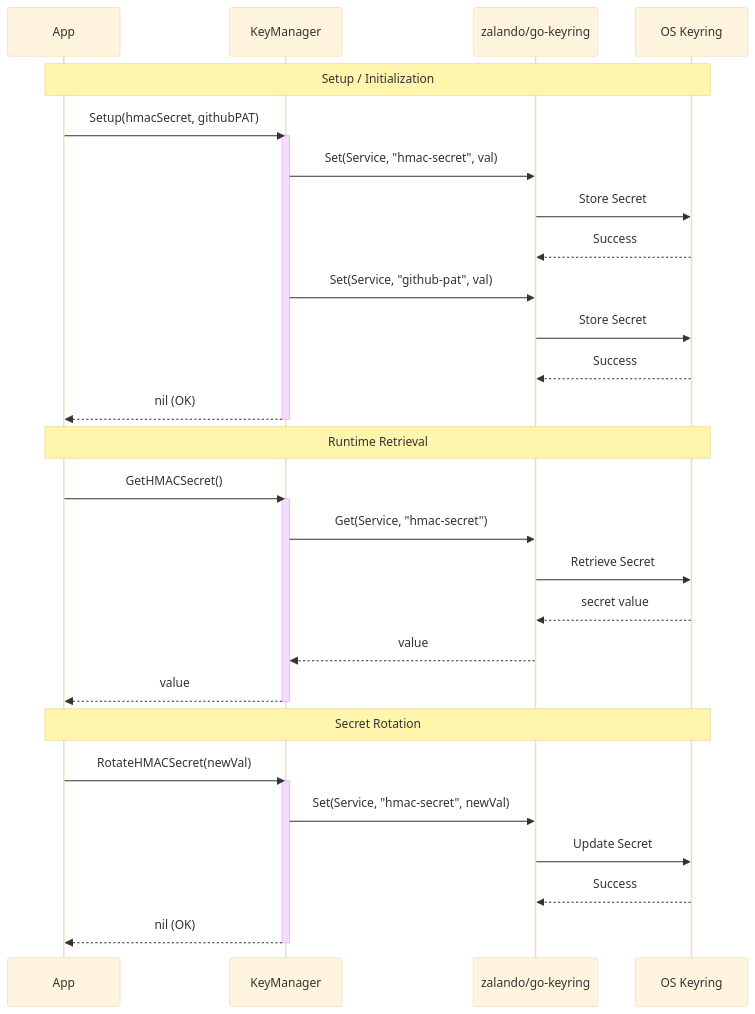
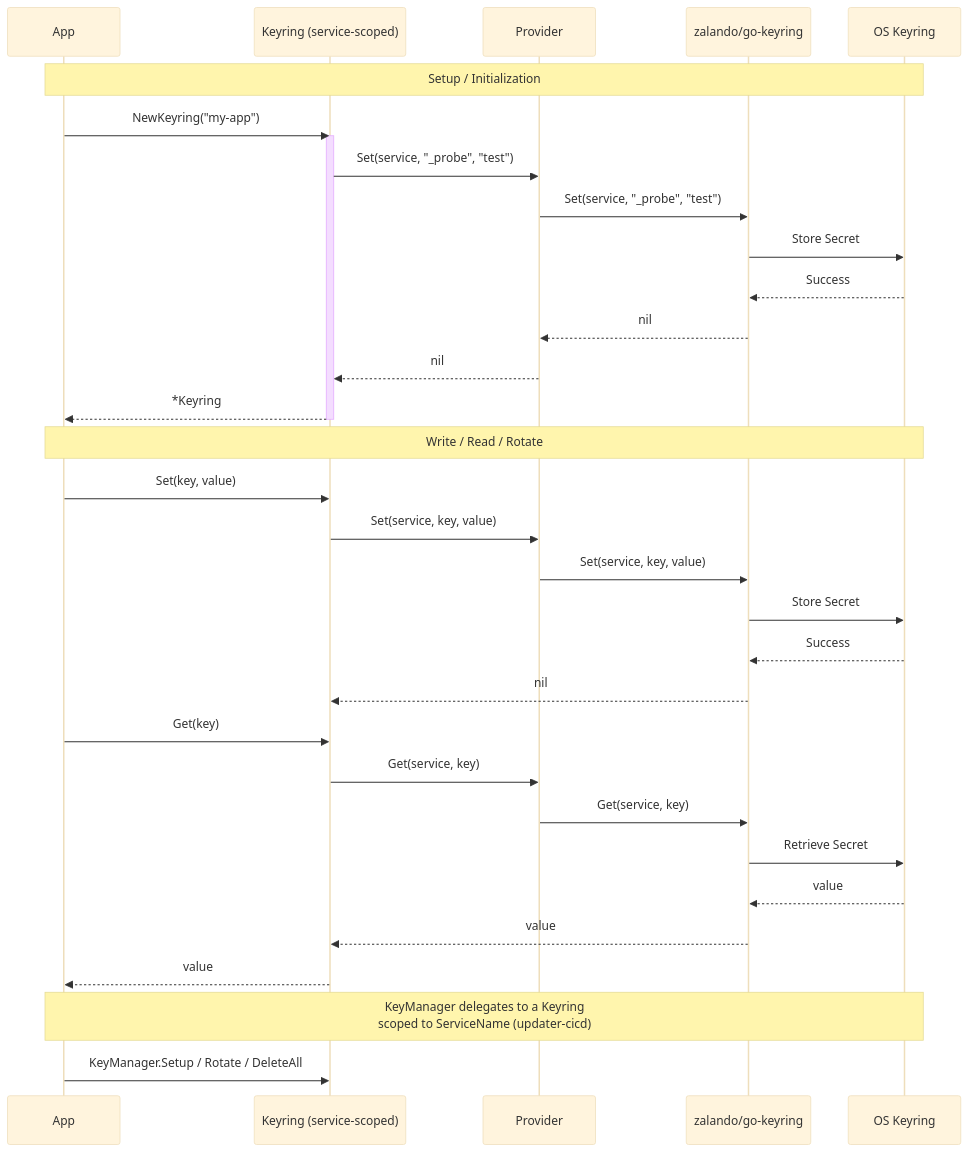
The diagram in docs/keyring-sequence.mermaid (tinywasm/keyring), drawn with Mermaid (base theme) before and after one commit. The commit also changed 8 other files, not shown here.

First line of the commit message:
feat: generic service-scoped Keyring + injectable Provider; KeyManager on top

```diff
--- a/docs/keyring-sequence.mermaid
+++ b/docs/keyring-sequence.mermaid
@@ -1,39 +1,37 @@
 sequenceDiagram
     participant App
-    participant KM as KeyManager
+    participant KR as Keyring (service-scoped)
+    participant PR as Provider
     participant ZK as zalando/go-keyring
     participant OS as OS Keyring
 
-    %% Setup
     Note over App,OS: Setup / Initialization
-    App->>KM: Setup(hmacSecret, githubPAT)
-    activate KM
-    KM->>ZK: Set(Service, "hmac-secret", val)
+    App->>KR: NewKeyring("my-app")
+    activate KR
+    KR->>PR: Set(service, "_probe", "test")
+    PR->>ZK: Set(service, "_probe", "test")
     ZK->>OS: Store Secret
     OS-->>ZK: Success
-    KM->>ZK: Set(Service, "github-pat", val)
+    ZK-->>PR: nil
+    PR-->>KR: nil
+    KR-->>App: *Keyring
+    deactivate KR
+
+    Note over App,OS: Write / Read / Rotate
+    App->>KR: Set(key, value)
+    KR->>PR: Set(service, key, value)
+    PR->>ZK: Set(service, key, value)
     ZK->>OS: Store Secret
     OS-->>ZK: Success
-    KM-->>App: nil (OK)
-    deactivate KM
+    ZK-->>KR: nil
 
-    %% Retrieval
-    Note over App,OS: Runtime Retrieval
-    App->>KM: GetHMACSecret()
-    activate KM
-    KM->>ZK: Get(Service, "hmac-secret")
+    App->>KR: Get(key)
+    KR->>PR: Get(service, key)
+    PR->>ZK: Get(service, key)
     ZK->>OS: Retrieve Secret
-    OS-->>ZK: secret value
-    ZK-->>KM: value
-    KM-->>App: value
-    deactivate KM
+    OS-->>ZK: value
+    ZK-->>KR: value
+    KR-->>App: value
 
-    %% Rotation
-    Note over App,OS: Secret Rotation
-    App->>KM: RotateHMACSecret(newVal)
-    activate KM
-    KM->>ZK: Set(Service, "hmac-secret", newVal)
-    ZK->>OS: Update Secret
-    OS-->>ZK: Success
-    KM-->>App: nil (OK)
-    deactivate KM
+    Note over App,OS: KeyManager delegates to a Keyring<br/>scoped to ServiceName (updater-cicd)
+    App->>KR: KeyManager.Setup / Rotate / DeleteAll
```
